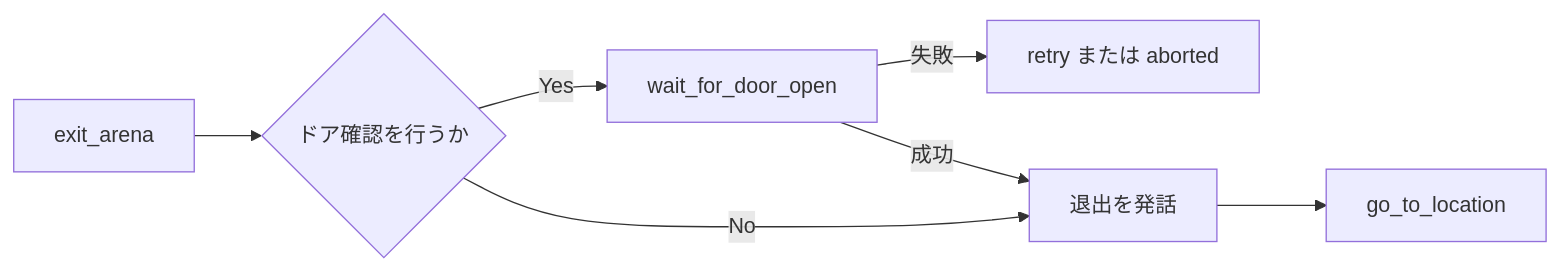
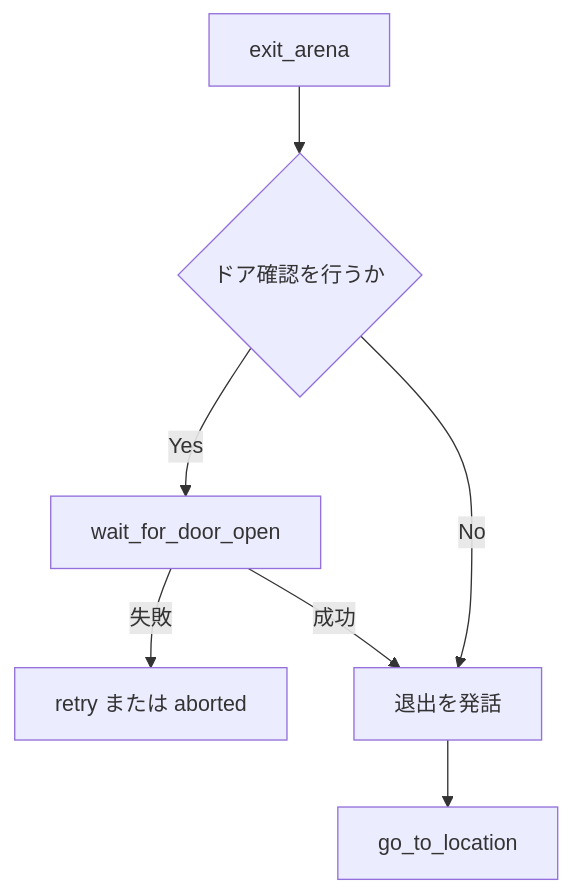
Before and after one commit to ichiharu466-alt/sobits_open_ws: the eighth of 8 diagrams in src/sobits_open_mine/README.md, drawn with Mermaid. The commit also changed other lines of this file, not shown here.

````diff
--- a/src/sobits_open_mine/README.md
+++ b/src/sobits_open_mine/README.md
@@ -296,9 +296,9 @@
 ```mermaid
-flowchart LR
+flowchart TD
     A[exit_arena] --> B{ドア確認を行うか}
     B -->|Yes| C[wait_for_door_open]
     C -->|失敗| D[retry または aborted]
     C -->|成功| E[退出を発話]
     B -->|No| E
     E --> F[go_to_location]
 ```
````
